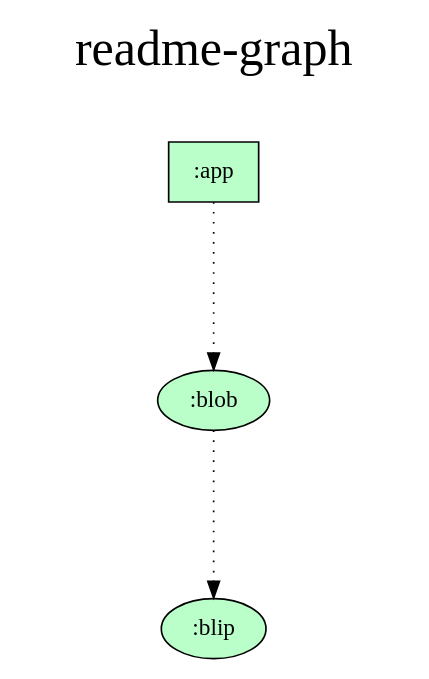
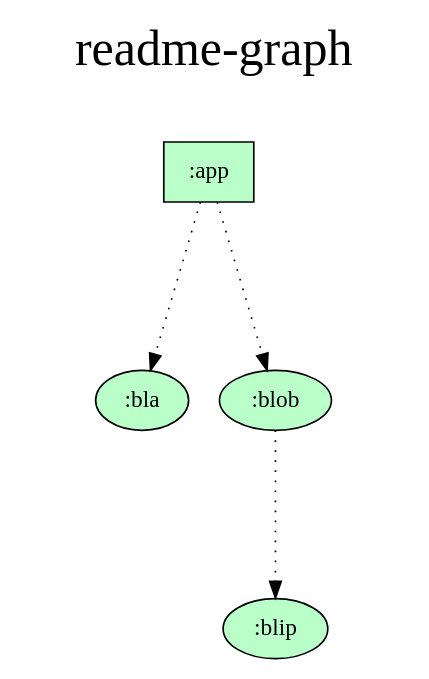
Before and after one commit to tfcporciuncula/readme-graph: the diagram in gradle/dependency-graph/project.dot, drawn with Graphviz. The commit also changed 1 other file, not shown here.

Commit message:
Update dependency graph

```diff
--- a/gradle/dependency-graph/project.dot
+++ b/gradle/dependency-graph/project.dot
@@ -1,18 +1,20 @@
 digraph {
   graph [label="readme-graph\n ",labelloc=t,fontsize=30,ranksep=1.4];
   node [style=filled, fillcolor="#bbbbbb"];
   rankdir=TB;
 
   # Projects
 
   ":app" [shape=box, fillcolor="#baffc9"];
+  ":bla" [fillcolor="#baffc9"];
   ":blip" [fillcolor="#baffc9"];
   ":blob" [fillcolor="#baffc9"];
 
   {rank = same; ":app";}
 
   # Dependencies
 
   ":app" -> ":blob" [style=dotted]
+  ":app" -> ":bla" [style=dotted]
   ":blob" -> ":blip" [style=dotted]
 }
```
